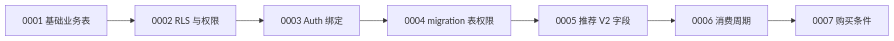
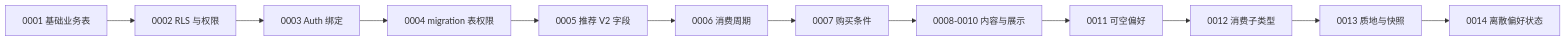
One commit to dreamqwq114-del/daily-fruit changed the diagram in docs/backend-course/06-alembic-migrations.md. Above: the diagram before and after it, drawn with Mermaid. The commit also changed other lines of this file and 54 other files, not shown here.

````diff
--- a/docs/backend-course/06-alembic-migrations.md
+++ b/docs/backend-course/06-alembic-migrations.md
@@ -17,9 +17,14 @@
 ```mermaid
 flowchart LR
     m1[0001 基础业务表] --> m2[0002 RLS 与权限]
     m2 --> m3[0003 Auth 绑定]
     m3 --> m4[0004 migration 表权限]
     m4 --> m5[0005 推荐 V2 字段]
     m5 --> m6[0006 消费周期]
     m6 --> m7[0007 购买条件]
+    m7 --> m8[0008-0010 内容与展示]
+    m8 --> m11[0011 可空偏好]
+    m11 --> m12[0012 消费子类型]
+    m12 --> m13[0013 质地与快照]
+    m13 --> m14[0014 离散偏好状态]
 ```
````
